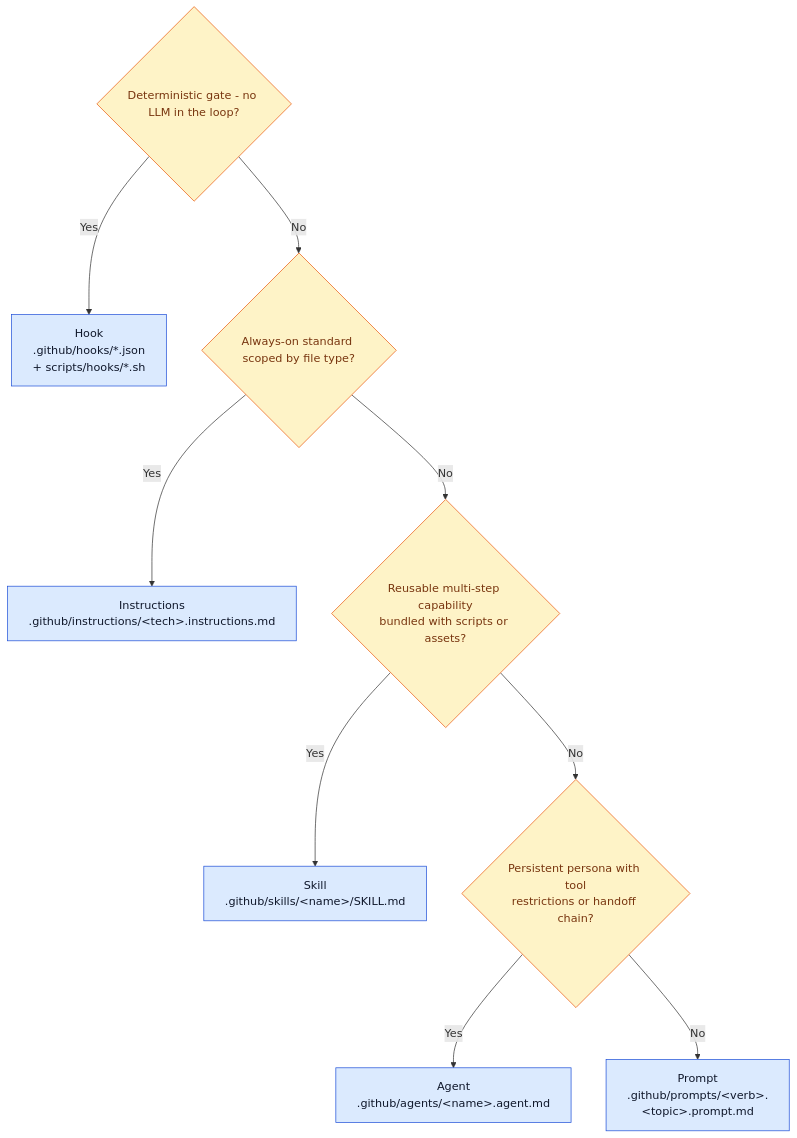
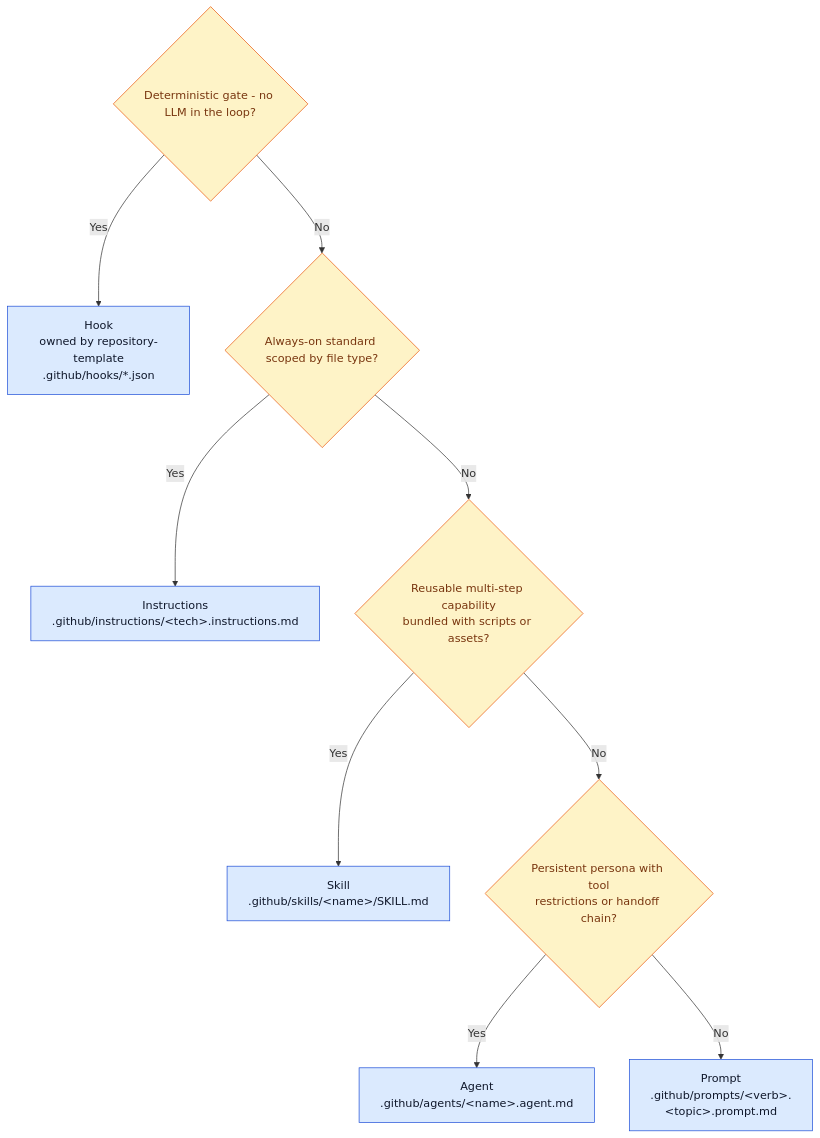
One commit to stefaniuk/loadout changed the first of 2 diagrams in docs/architecture.md. Above: the diagram before and after it, drawn with Mermaid. The commit also changed other lines of this file and 30 other files, not shown here.

````diff
--- a/docs/architecture.md
+++ b/docs/architecture.md
@@ -83,17 +82,17 @@
 ```mermaid
 flowchart TD
-  q1{"Deterministic gate - no LLM in the loop?"} -- Yes --> hook["Hook<br/>.github/hooks/*.json<br/>+ scripts/hooks/*.sh"]
+  q1{"Deterministic gate - no LLM in the loop?"} -- Yes --> hook["Hook<br/>owned by repository-template<br/>.github/hooks/*.json"]
   q1 -- No --> q2{"Always-on standard scoped by file type?"}
   q2 -- Yes --> instr["Instructions<br/>.github/instructions/&lt;tech&gt;.instructions.md"]
   q2 -- No --> q3{"Reusable multi-step capability<br/>bundled with scripts or assets?"}
   q3 -- Yes --> skill["Skill<br/>.github/skills/&lt;name&gt;/SKILL.md"]
   q3 -- No --> q4{"Persistent persona with tool<br/>restrictions or handoff chain?"}
   q4 -- Yes --> agent["Agent<br/>.github/agents/&lt;name&gt;.agent.md"]
   q4 -- No --> prompt["Prompt<br/>.github/prompts/&lt;verb&gt;.&lt;topic&gt;.prompt.md"]
 
   classDef question fill:#fef3c7,stroke:#ea580c,color:#78350f,stroke-width:1px;
   classDef terminal fill:#dbeafe,stroke:#1d4ed8,color:#0f172a,stroke-width:1px;
 
   class q1,q2,q3,q4 question;
   class hook,instr,skill,agent,prompt terminal;
 ```
````
